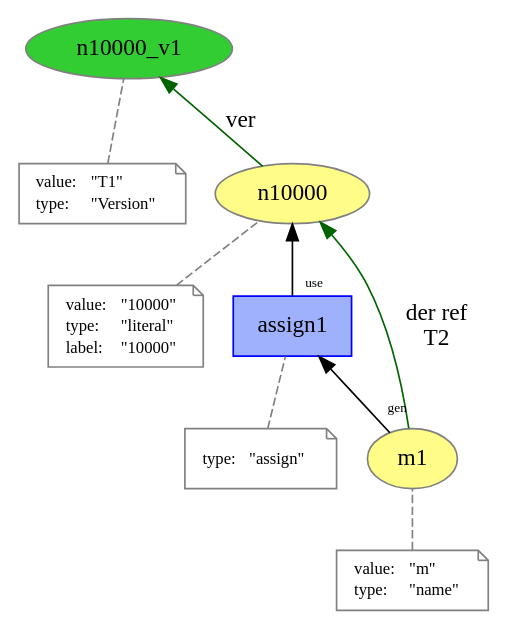
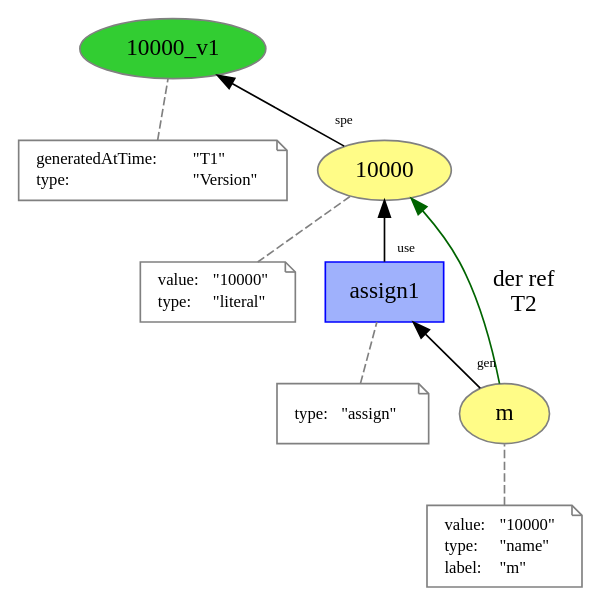
The diagram in explicit_versioned/assign.dot (dew-uff/versioned-prov), drawn with Graphviz before and after one commit. The commit also changed 53 other files, not shown here.

```diff
--- a/explicit_versioned/assign.dot
+++ b/explicit_versioned/assign.dot
@@ -1,55 +1,55 @@
 digraph "PROV" { size="16,12"; rankdir="BT";
-"http://example.org/n10000" [fillcolor="#FFFC87",color="#808080",style="filled",label="n10000",URL="http://example.org/n10000"]
+"http://example.org/10000" [fillcolor="#FFFC87",color="#808080",style="filled",label="10000",URL="http://example.org/10000"]
 "-attrs0" [color="gray",shape="note",fontsize="10",fontcolor="black",label=<<TABLE cellpadding="0" border="0">
 	<TR>
 	    <TD align="left">value:</TD>
 	    <TD align="left">&quot;10000&quot;</TD>
 	</TR>
 	<TR>
 	    <TD align="left">type:</TD>
 	    <TD align="left">&quot;literal&quot;</TD>
 	</TR>
-	<TR>
-	    <TD align="left">label:</TD>
-	    <TD align="left">&quot;10000&quot;</TD>
-	</TR>
 </TABLE>>]
-"-attrs0" -> "http://example.org/n10000" [color="gray",style="dashed",arrowhead="none"]
-"http://example.org/n10000_v1" [fillcolor="#32CD32",color="#808080",style="filled",label="n10000_v1",URL="http://example.org/n10000_v1"]
+"-attrs0" -> "http://example.org/10000" [color="gray",style="dashed",arrowhead="none"]
+"http://example.org/10000_v1" [fillcolor="#32CD32",color="#808080",style="filled",label="10000_v1",URL="http://example.org/10000_v1"]
 "-attrs1" [color="gray",shape="note",fontsize="10",fontcolor="black",label=<<TABLE cellpadding="0" border="0">
 	<TR>
-	    <TD align="left">value:</TD>
+	    <TD align="left">generatedAtTime:</TD>
 	    <TD align="left">&quot;T1&quot;</TD>
 	</TR>
 	<TR>
 	    <TD align="left">type:</TD>
 	    <TD align="left">&quot;Version&quot;</TD>
 	</TR>
 </TABLE>>]
-"-attrs1" -> "http://example.org/n10000_v1" [color="gray",style="dashed",arrowhead="none"]
-"http://example.org/n10000" -> "http://example.org/n10000_v1" [labelfontsize="8",labeldistance="1.5",color="darkgreen",labelangle="60.0",rotation="20",label="ver"]
-"http://example.org/m1" [fillcolor="#FFFC87",color="#808080",style="filled",label="m1",URL="http://example.org/m1"]
+"-attrs1" -> "http://example.org/10000_v1" [color="gray",style="dashed",arrowhead="none"]
+"http://example.org/10000" -> "http://example.org/10000_v1" [labelfontsize="8",labeldistance="1.5",labelangle="60.0",rotation="20",taillabel="spe"]
+"http://example.org/m" [fillcolor="#FFFC87",color="#808080",style="filled",label="m",URL="http://example.org/m"]
 "-attrs2" [color="gray",shape="note",fontsize="10",fontcolor="black",label=<<TABLE cellpadding="0" border="0">
 	<TR>
 	    <TD align="left">value:</TD>
-	    <TD align="left">&quot;m&quot;</TD>
+	    <TD align="left">&quot;10000&quot;</TD>
 	</TR>
 	<TR>
 	    <TD align="left">type:</TD>
 	    <TD align="left">&quot;name&quot;</TD>
 	</TR>
+	<TR>
+	    <TD align="left">label:</TD>
+	    <TD align="left">&quot;m&quot;</TD>
+	</TR>
 </TABLE>>]
-"-attrs2" -> "http://example.org/m1" [color="gray",style="dashed",arrowhead="none"]
+"-attrs2" -> "http://example.org/m" [color="gray",style="dashed",arrowhead="none"]
 "http://example.org/assign1" [fillcolor="#9FB1FC",color="#0000FF",shape="polygon",sides="4",style="filled",label="assign1",URL="http://example.org/assign1"]
 "-attrs3" [color="gray",shape="note",fontsize="10",fontcolor="black",label=<<TABLE cellpadding="0" border="0">
 	<TR>
 	    <TD align="left">type:</TD>
 	    <TD align="left">&quot;assign&quot;</TD>
 	</TR>
 </TABLE>>]
 "-attrs3" -> "http://example.org/assign1" [color="gray",style="dashed",arrowhead="none"]
-"http://example.org/assign1" -> "http://example.org/n10000" [labelfontsize="8",labeldistance="1.5",labelangle="60.0",rotation="20",taillabel="use"]
-"http://example.org/m1" -> "http://example.org/assign1" [labelfontsize="8",labeldistance="1.5",labelangle="60.0",rotation="20",taillabel="gen"]
-"http://example.org/m1" -> "http://example.org/n10000" [labelfontsize="8",labeldistance="1.5",color="darkgreen",labelangle="60.0",rotation="20",label="der ref
+"http://example.org/assign1" -> "http://example.org/10000" [labelfontsize="8",labeldistance="1.5",labelangle="60.0",rotation="20",taillabel="use"]
+"http://example.org/m" -> "http://example.org/assign1" [labelfontsize="8",labeldistance="1.5",labelangle="60.0",rotation="20",taillabel="gen"]
+"http://example.org/m" -> "http://example.org/10000" [labelfontsize="8",labeldistance="1.5",color="darkgreen",labelangle="60.0",rotation="20",label="der ref
 T2"]
 }
```
